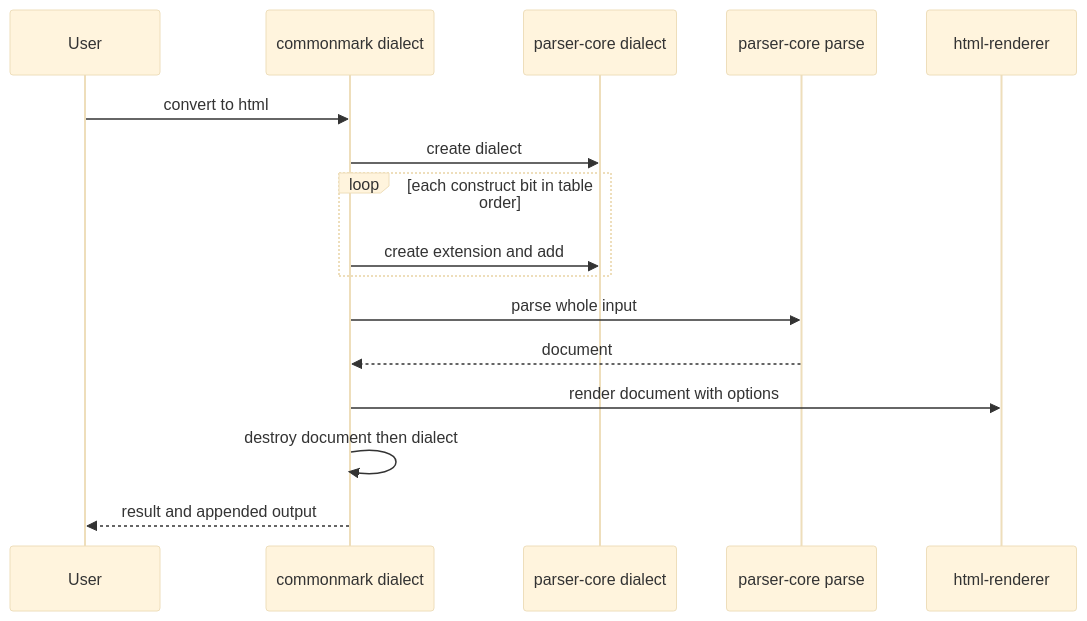
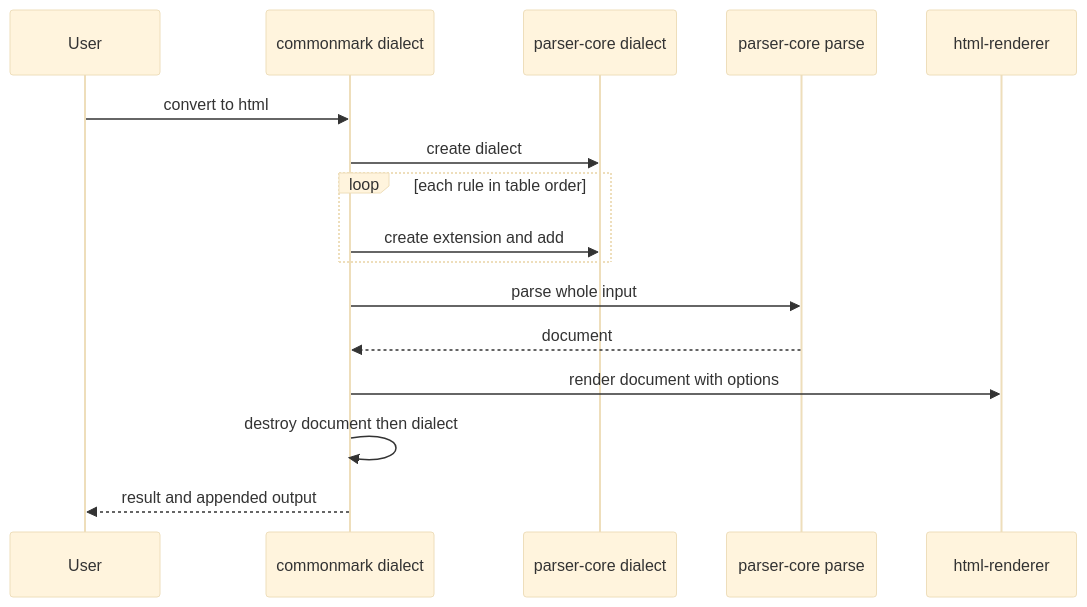
Before and after one commit to ktdevx/amark-private3: the second of 3 diagrams in .kiro/specs/commonmark/design.md, drawn with Mermaid (base theme). The commit also changed other lines of this file and 3 other files, not shown here.

````diff
--- a/.kiro/specs/commonmark/design.md
+++ b/.kiro/specs/commonmark/design.md
@@ -219,18 +219,18 @@
 ```mermaid
 sequenceDiagram
     participant User
     participant CM as commonmark dialect
     participant Dialect as parser-core dialect
     participant Parser as parser-core parse
     participant Html as html-renderer
     User->>CM: convert to html
     CM->>Dialect: create dialect
-    loop each construct bit in table order
+    loop each rule in table order
         CM->>Dialect: create extension and add
     end
     CM->>Parser: parse whole input
     Parser-->>CM: document
     CM->>Html: render document with options
     CM->>CM: destroy document then dialect
     CM-->>User: result and appended output
 ```
````
